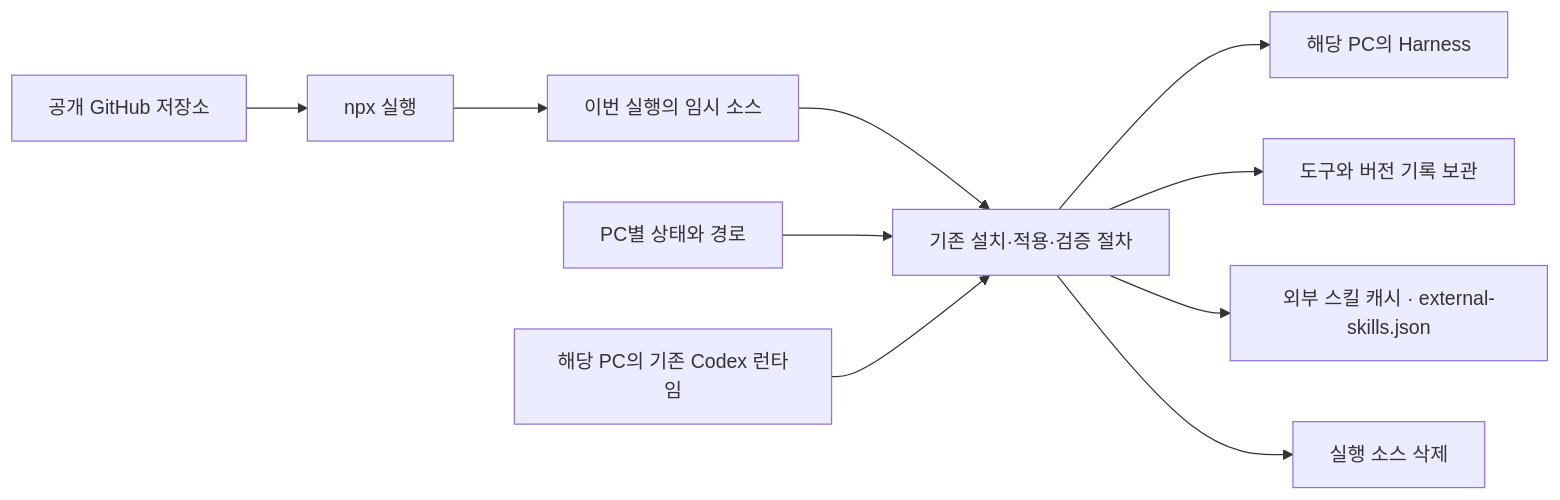
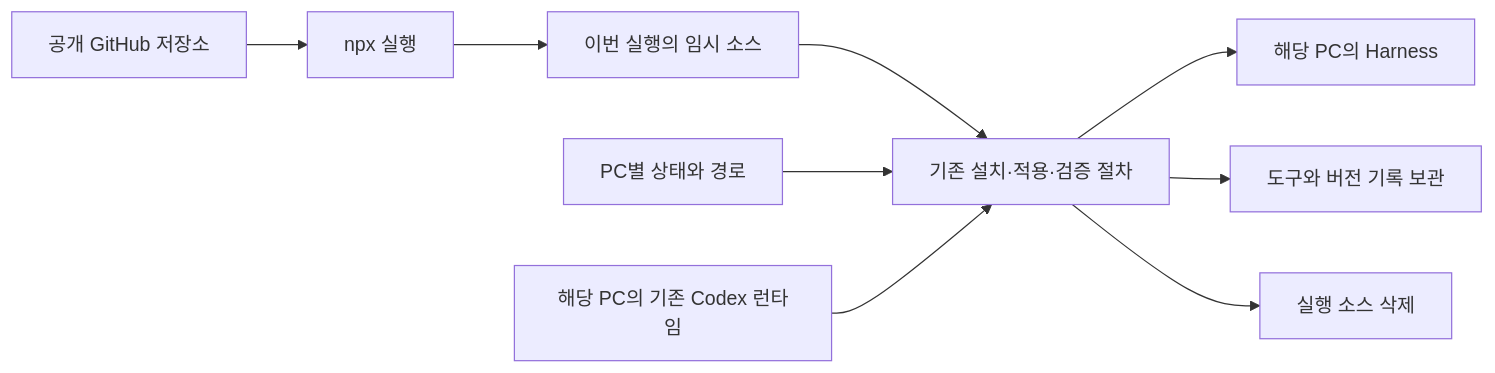
One commit to tttaliesin/personal-harness changed the diagram in docs/remote-install.md. Above: the diagram before and after it, drawn with Mermaid. The commit also changed other lines of this file and 11 other files, not shown here.

````diff
--- a/docs/remote-install.md
+++ b/docs/remote-install.md
@@ -131,12 +128,11 @@
 ```mermaid
 flowchart LR
     G[공개 GitHub 저장소] --> N[npx 실행]
     N --> S[이번 실행의 임시 소스]
     S --> I[기존 설치·적용·검증 절차]
     L[PC별 상태와 경로] --> I
     R[해당 PC의 기존 Codex 런타임] --> I
     I --> C[해당 PC의 Harness]
     I --> P[도구와 버전 기록 보관]
-    I --> E["외부 스킬 캐시 · external-skills.json"]
     I --> D[실행 소스 삭제]
 ```
````
